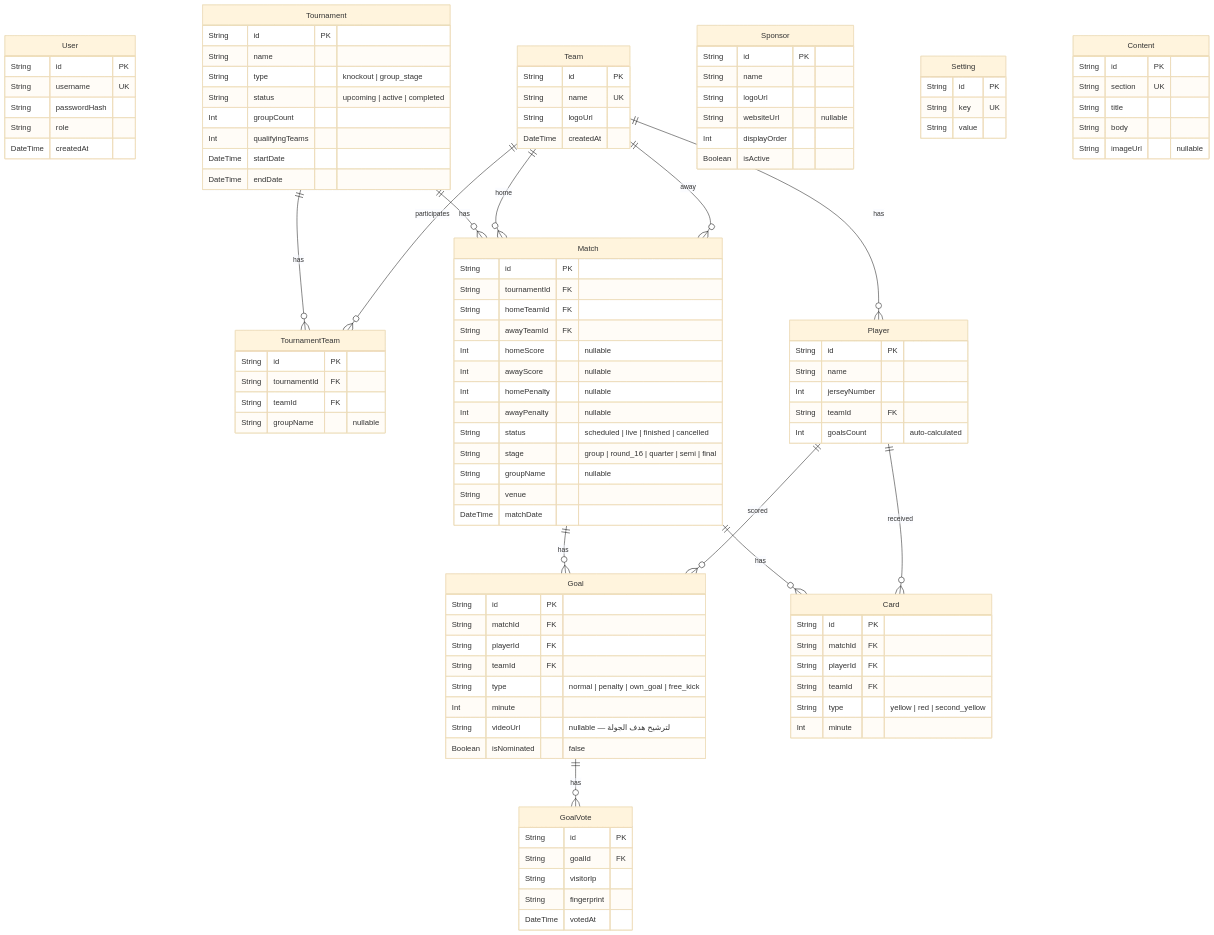
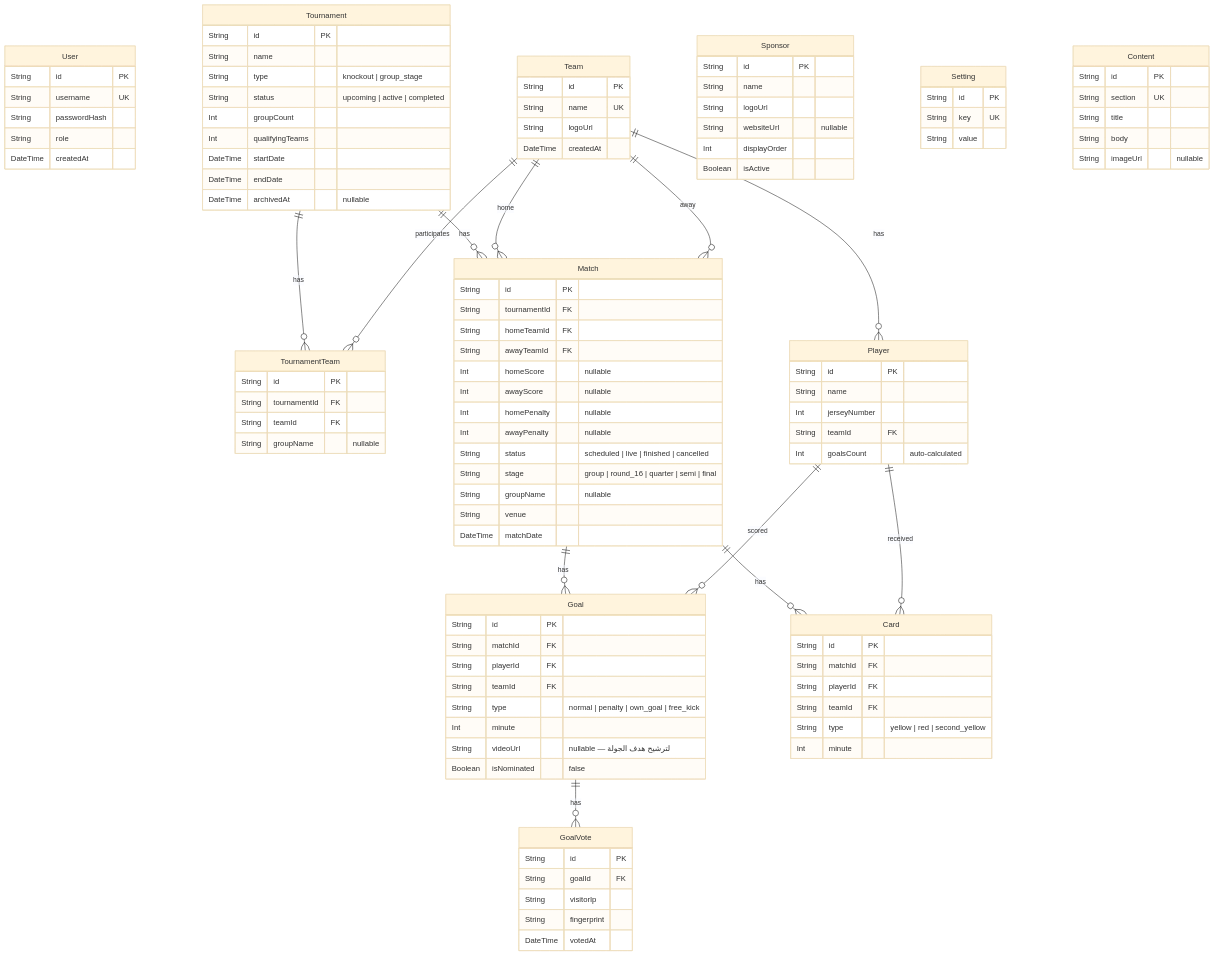
The first of 2 diagrams in implementation_plan.md (Abdullah-auluzaraui/league-stars-platform), drawn with Mermaid (base theme) before and after one commit. The commit also changed other lines of this file and 27 other files, not shown here.

```diff
--- a/implementation_plan.md
+++ b/implementation_plan.md
@@ -161,6 +161,7 @@
         Int qualifyingTeams
         DateTime startDate
         DateTime endDate
+        DateTime archivedAt "nullable"
     }
 
     Team {
```
